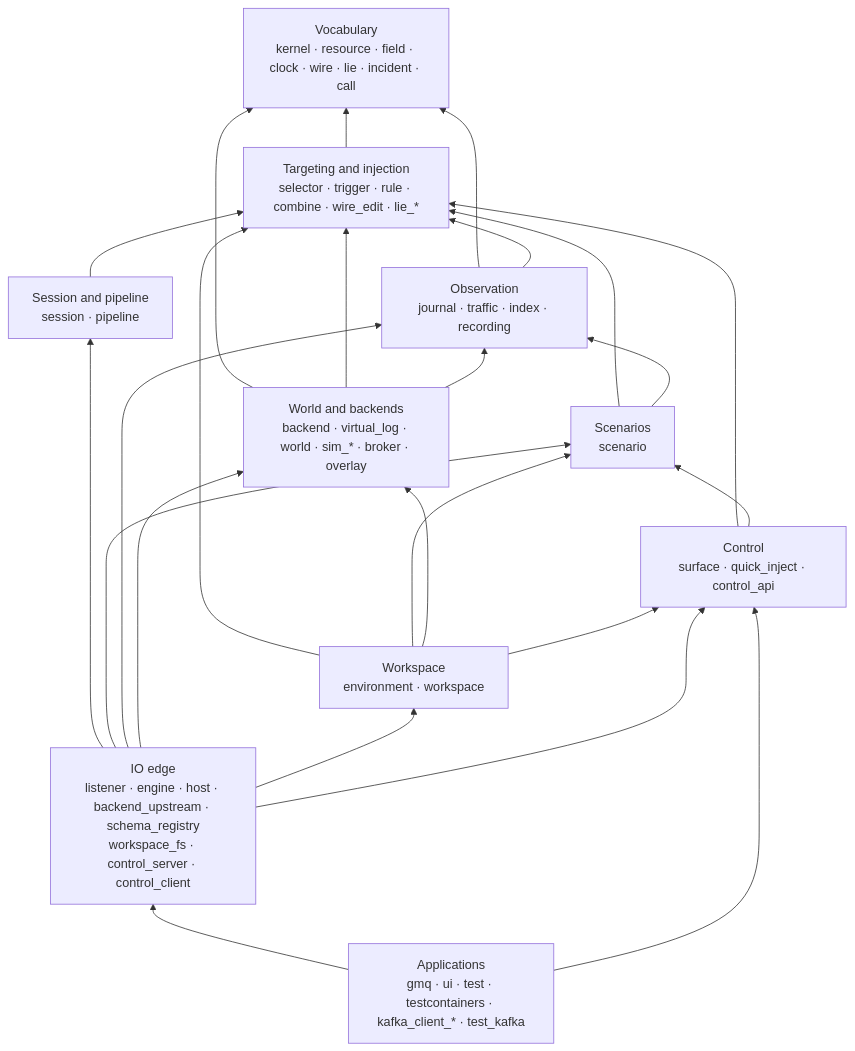
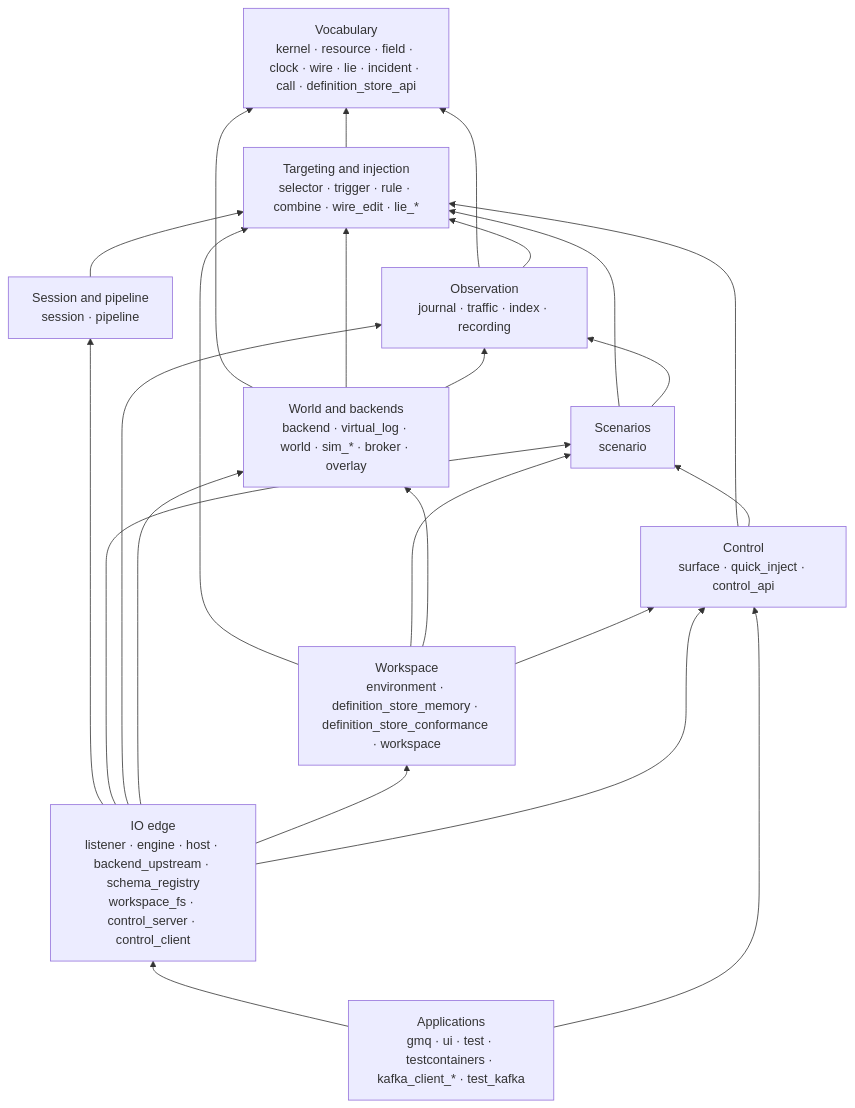
Before and after one commit to cruxy-eu/gaslightmq: the diagram in docs/specs/architecture/crates.md, drawn with Mermaid. The commit also changed other lines of this file and 3 other files, not shown here.

````diff
--- a/docs/specs/architecture/crates.md
+++ b/docs/specs/architecture/crates.md
@@ -205,37 +211,37 @@
 ```mermaid
 flowchart BT
-  V["Vocabulary<br/>kernel · resource · field · clock · wire · lie · incident · call"]
+  V["Vocabulary<br/>kernel · resource · field · clock · wire · lie · incident · call · definition_store_api"]
   T["Targeting and injection<br/>selector · trigger · rule · combine · wire_edit · lie_*"]
   P["Session and pipeline<br/>session · pipeline"]
   S["Scenarios<br/>scenario"]
   O["Observation<br/>journal · traffic · index · recording"]
   W["World and backends<br/>backend · virtual_log · world · sim_* · broker · overlay"]
-  F["Workspace<br/>environment · workspace"]
+  F["Workspace<br/>environment · definition_store_memory · definition_store_conformance · workspace"]
   C["Control<br/>surface · quick_inject · control_api"]
   IO["IO edge<br/>listener · engine · host · backend_upstream · schema_registry<br/>workspace_fs · control_server · control_client"]
   A["Applications<br/>gmq · ui · test · testcontainers · kafka_client_* · test_kafka"]
 
   T --> V
   P --> T
   S --> T
   S --> O
   O --> V
   O --> T
   W --> V
   W --> T
   W --> O
   F --> T
   F --> S
   F --> W
   F --> C
   C --> T
   C --> S
   IO --> P
   IO --> S
   IO --> O
   IO --> W
   IO --> F
   IO --> C
   A --> IO
   A --> C
 ```
````
